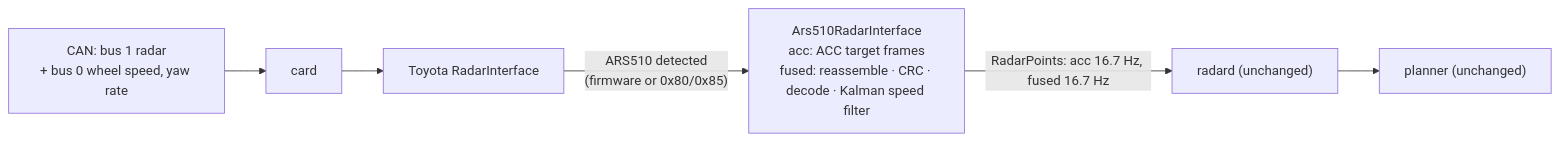
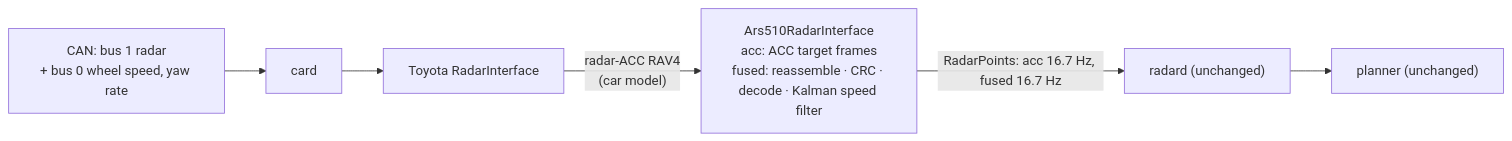
The diagram in README.md (Mlnege/ars510-radar), drawn with Mermaid before and after one commit. The commit also changed other lines of this file and 9 other files, not shown here.

First line of the commit message:
docs, upstream: C-HR and Yaris radars send the same ARS510 bus; DBC documents every ACC target field (#144)

````diff
--- a/README.md
+++ b/README.md
@@ -176,6 +178,6 @@
 ```mermaid
 flowchart LR
     CAN["CAN: bus 1 radar<br/>+ bus 0 wheel speed, yaw rate"] --> card --> RI["Toyota RadarInterface"]
-    RI -- "ARS510 detected<br/>(firmware or 0x80/0x85)" --> A["Ars510RadarInterface<br/>acc: ACC target frames<br/>fused: reassemble · CRC · decode · Kalman speed filter"]
+    RI -- "radar-ACC RAV4<br/>(car model)" --> A["Ars510RadarInterface<br/>acc: ACC target frames<br/>fused: reassemble · CRC · decode · Kalman speed filter"]
     A -- "RadarPoints: acc 16.7 Hz, fused 16.7 Hz" --> radard["radard (unchanged)"] --> planner["planner (unchanged)"]
 ```
````
